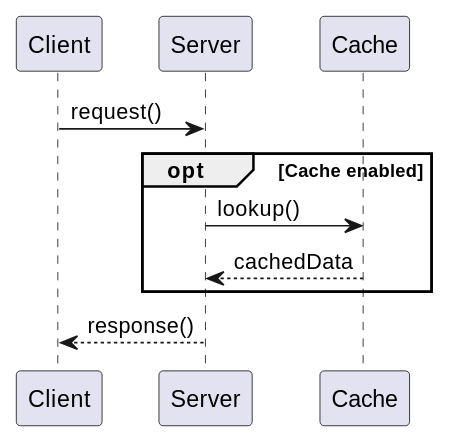
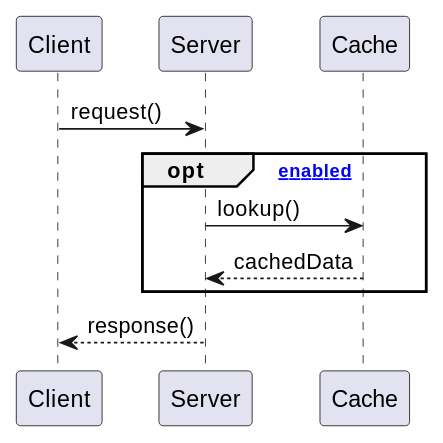
One commit to kieranpotts/cheats changed the sixth of 7 diagrams in src/modeling/uml/sequence-diagrams.adoc. Above: the diagram before and after it, drawn with PlantUML. The commit also changed other lines of this file and 13 other files, not shown here.

```diff
--- a/src/modeling/uml/sequence-diagrams.adoc
+++ b/src/modeling/uml/sequence-diagrams.adoc
@@ -222,9 +221,9 @@
 [plantuml]
 ....
 Client -> Server : request()
-opt Cache enabled
+opt [cache enabled]
   Server -> Cache : lookup()
   Cache --> Server : cachedData
 end
 Server --> Client : response()
 ....
```
